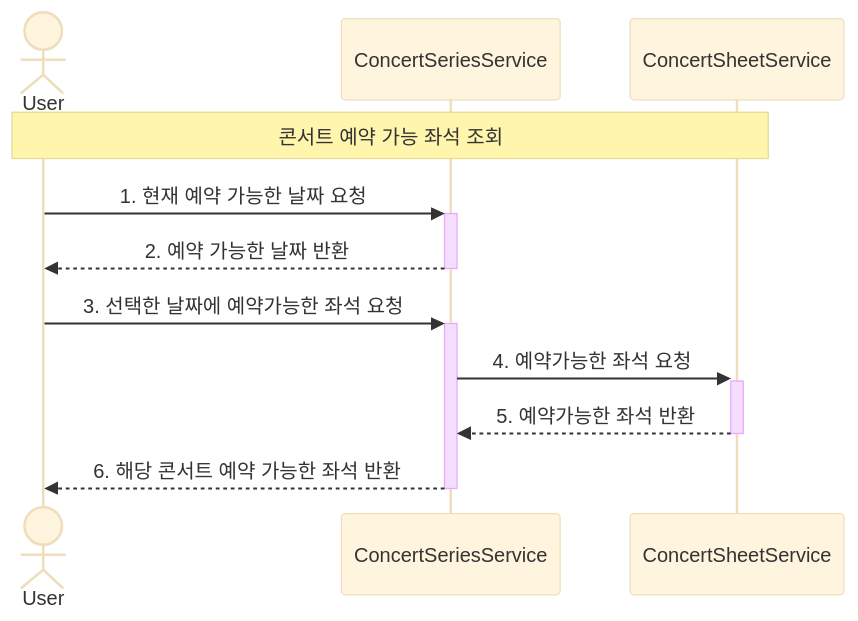
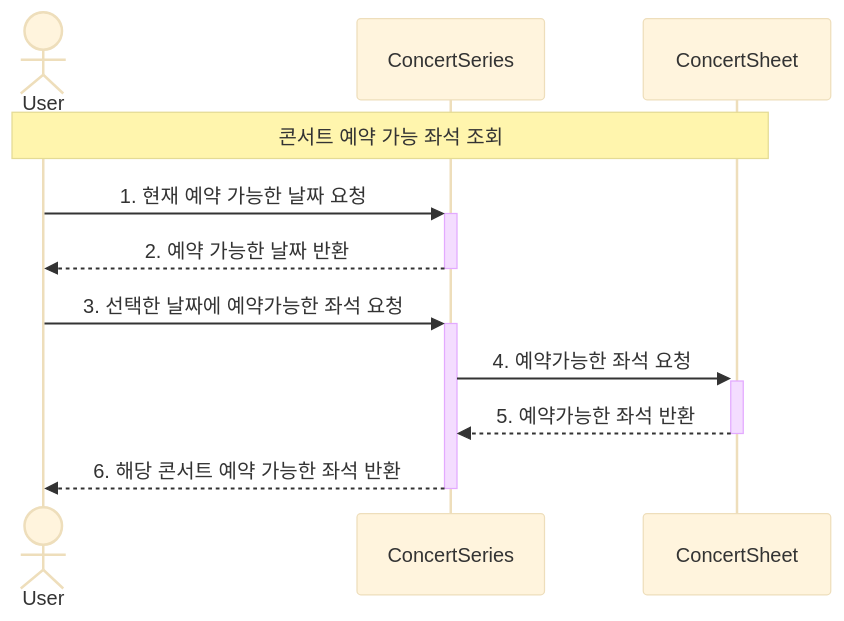
One commit to KrongDev/hhplus-concert changed the third of 6 diagrams in README.md. Above: the diagram before and after it, drawn with Mermaid (base theme). The commit also changed other lines of this file, not shown here.

````diff
--- a/README.md
+++ b/README.md
@@ -55,14 +97,15 @@
 ```mermaid
 sequenceDiagram
-    actor User
-    participant ConcertSeriesService
-    participant ConcertSheetService
-    
-    Note over User, ConcertSheetService: 콘서트 예약 가능 좌석 조회
-    User->>+ConcertSeriesService: 1. 현재 예약 가능한 날짜 요청
-    ConcertSeriesService-->>-User: 2. 예약 가능한 날짜 반환
-    User->>+ConcertSeriesService: 3. 선택한 날짜에 예약가능한 좌석 요청
-    ConcertSeriesService->>+ConcertSheetService: 4. 예약가능한 좌석 요청
-    ConcertSheetService-->>-ConcertSeriesService: 5. 예약가능한 좌석 반환
-    ConcertSeriesService-->>-User: 6. 해당 콘서트 예약 가능한 좌석 반환
+
+	actor User
+	participant ConcertSeries
+	participant ConcertSheet
+	
+	Note over User, ConcertSheet: 콘서트 예약 가능 좌석 조회
+	User->>+ConcertSeries: 1. 현재 예약 가능한 날짜 요청
+	ConcertSeries-->>-User: 2. 예약 가능한 날짜 반환
+	User->>+ConcertSeries: 3. 선택한 날짜에 예약가능한 좌석 요청
+	ConcertSeries->>+ConcertSheet: 4. 예약가능한 좌석 요청
+	ConcertSheet-->>-ConcertSeries: 5. 예약가능한 좌석 반환
+	ConcertSeries-->>-User: 6. 해당 콘서트 예약 가능한 좌석 반환
 ```
````
